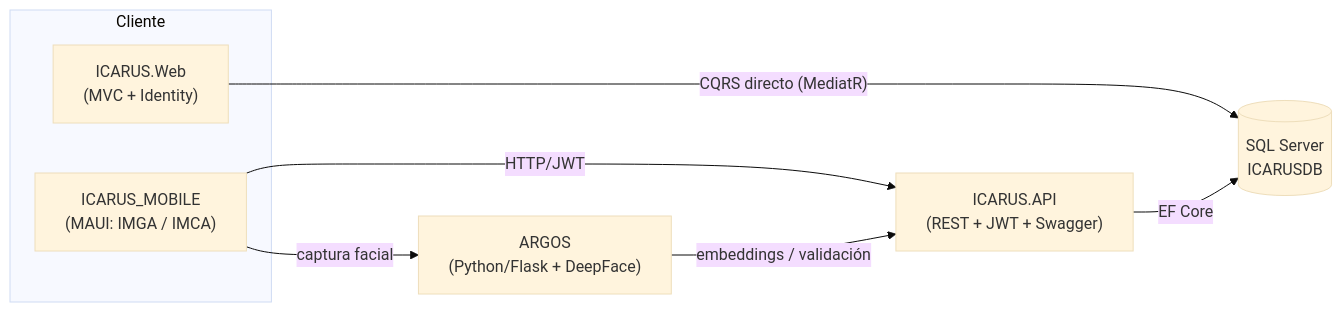
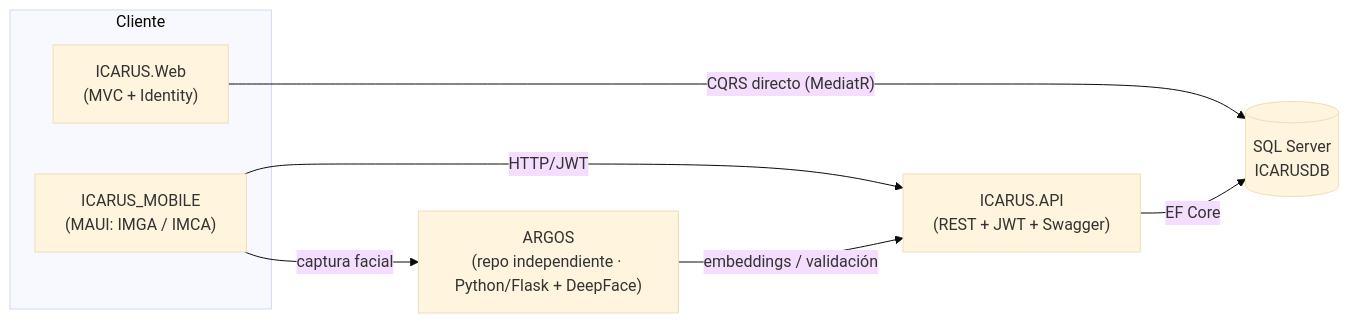
One commit to luicahleo/DocumentacionProyectos changed the diagram in ICARUS/README.md. Above: the diagram before and after it, drawn with Mermaid (base theme). The commit also changed other lines of this file and 9 other files, not shown here.

First line of the commit message:
Actualizar documentacion: ARGOS pasa a repositorio independiente

````diff
--- a/ICARUS/README.md
+++ b/ICARUS/README.md
@@ -27,16 +27,16 @@
 ```mermaid
 flowchart LR
     subgraph Cliente
         Web["ICARUS.Web<br/>(MVC + Identity)"]
         Mobile["ICARUS_MOBILE<br/>(MAUI: IMGA / IMCA)"]
     end
     API["ICARUS.API<br/>(REST + JWT + Swagger)"]
-    ARGOS["ARGOS<br/>(Python/Flask + DeepFace)"]
+    ARGOS["ARGOS<br/>(repo independiente · Python/Flask + DeepFace)"]
     DB[("SQL Server<br/>ICARUSDB")]
 
     Web -- "CQRS directo (MediatR)" --> DB
     Mobile -- "HTTP/JWT" --> API
     API -- "EF Core" --> DB
     Mobile -- "captura facial" --> ARGOS
     ARGOS -- "embeddings / validación" --> API
 ```
````
